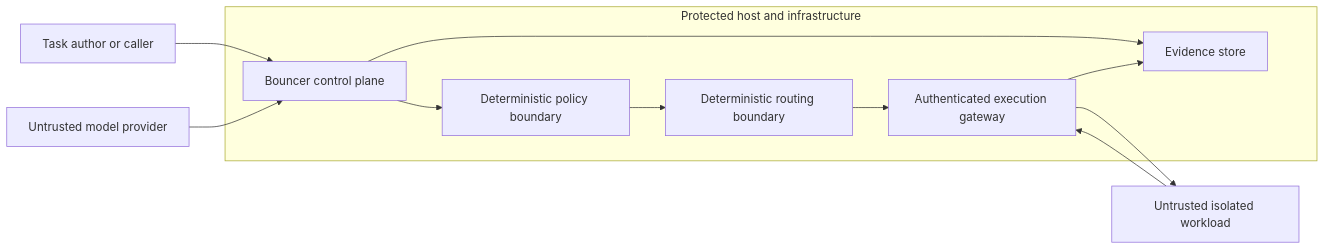
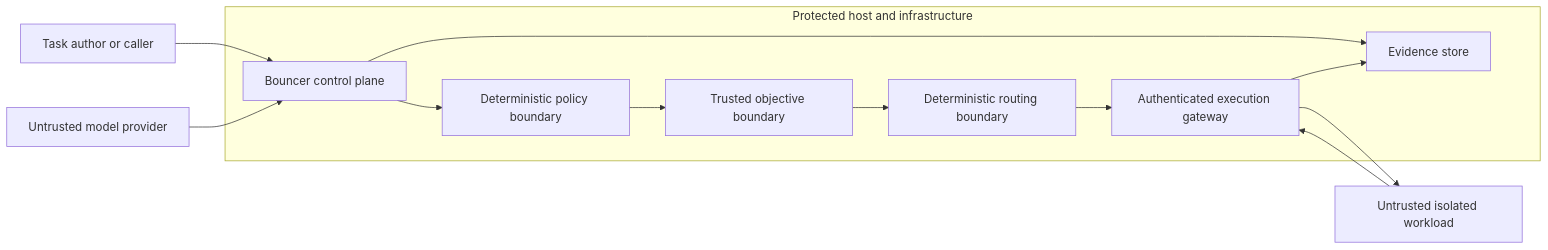
One commit to darshgarg7/Bouncer changed the diagram in docs/THREAT_MODEL.md. Above: the diagram before and after it, drawn with Mermaid. The commit also changed other lines of this file and 8 other files, not shown here.

Commit message:
Clarify architecture and evidence boundaries

````diff
--- a/docs/THREAT_MODEL.md
+++ b/docs/THREAT_MODEL.md
@@ -31,20 +31,22 @@
 ```mermaid
 flowchart LR
     U["Task author or caller"] --> C["Bouncer control plane"]
     M["Untrusted model provider"] --> C
     C --> P["Deterministic policy boundary"]
-    P --> R["Deterministic routing boundary"]
+    P --> O["Trusted objective boundary"]
+    O --> R["Deterministic routing boundary"]
     R --> G["Authenticated execution gateway"]
     G --> W["Untrusted isolated workload"]
     W --> G
     C --> E["Evidence store"]
     G --> E
 
     subgraph Host["Protected host and infrastructure"]
         C
         P
+        O
         R
         G
         E
     end
 ```
````
